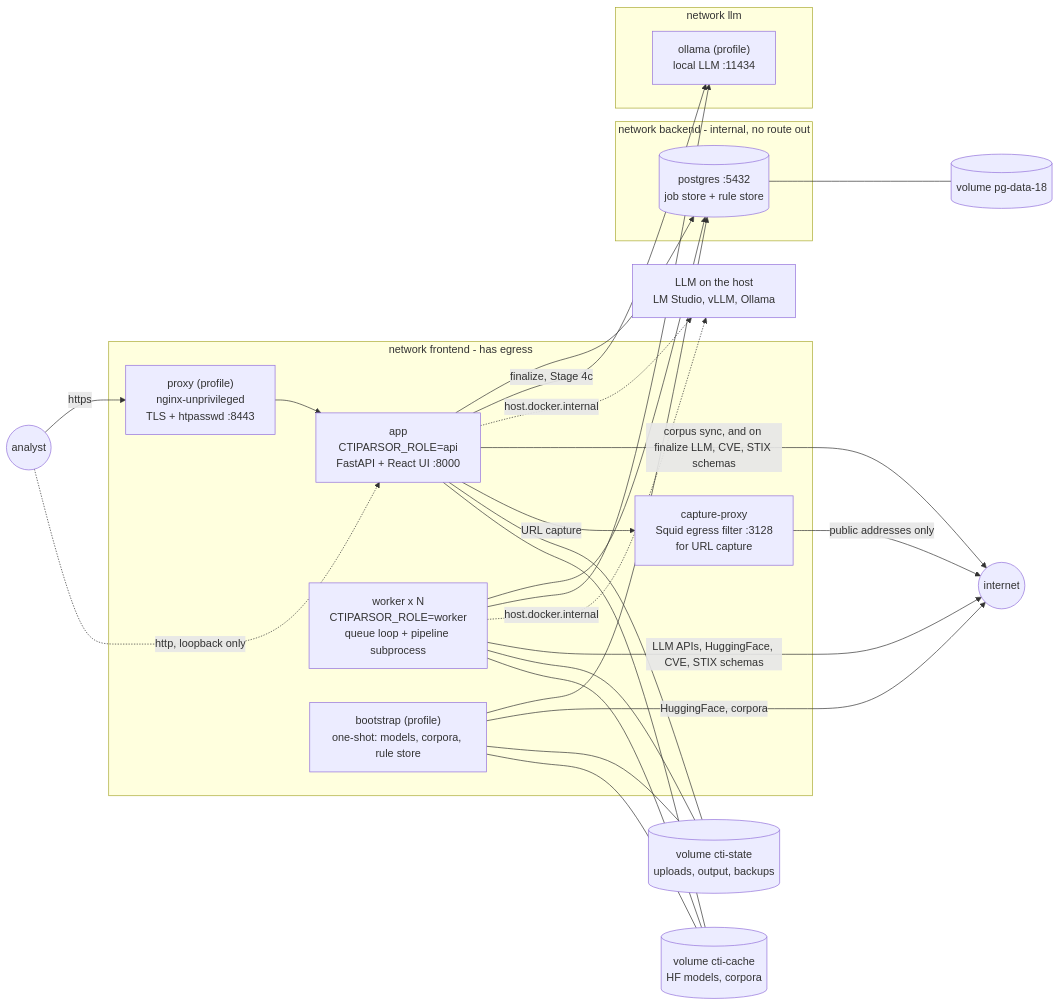
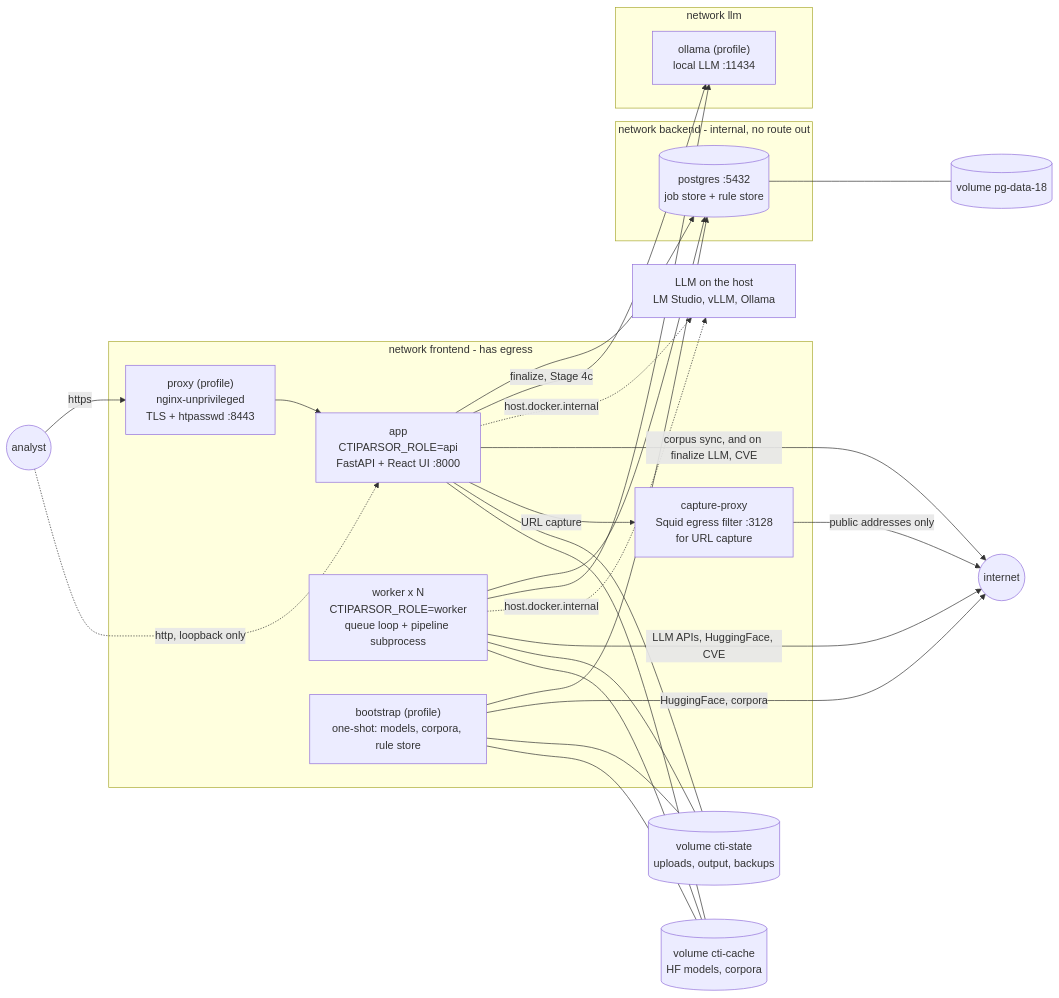
One commit to Stixaly/CTIParsor changed the first of 2 diagrams in docs/architecture.md. Above: the diagram before and after it, drawn with Mermaid. The commit also changed other lines of this file and 70 other files, not shown here.

````diff
--- a/docs/architecture.md
+++ b/docs/architecture.md
@@ -36,40 +36,40 @@
 ```mermaid
 flowchart LR
     subgraph frontend [network frontend - has egress]
         proxy["proxy (profile)\nnginx-unprivileged\nTLS + htpasswd :8443"]
         app["app\nCTIPARSOR_ROLE=api\nFastAPI + React UI :8000"]
         worker["worker x N\nCTIPARSOR_ROLE=worker\nqueue loop + pipeline subprocess"]
         bootstrap["bootstrap (profile)\none-shot: models, corpora, rule store"]
         capproxy["capture-proxy\nSquid egress filter :3128\nfor URL capture"]
     end
     subgraph backend [network backend - internal, no route out]
         pg[("postgres :5432\njob store + rule store")]
     end
     subgraph llm [network llm]
         ollama["ollama (profile)\nlocal LLM :11434"]
     end
     analyst((analyst)) -->|https| proxy --> app
     analyst -.->|http, loopback only| app
     app --> pg
     worker --> pg
     bootstrap --> pg
     app -->|finalize, Stage 4c| ollama
     worker --> ollama
     hostllm["LLM on the host\nLM Studio, vLLM, Ollama"]
     app -.->|host.docker.internal| hostllm
     worker -.->|host.docker.internal| hostllm
-    worker -->|LLM APIs, HuggingFace, CVE, STIX schemas| internet((internet))
-    app -->|corpus sync, and on finalize LLM, CVE, STIX schemas| internet
+    worker -->|LLM APIs, HuggingFace, CVE| internet((internet))
+    app -->|corpus sync, and on finalize LLM, CVE| internet
     bootstrap -->|HuggingFace, corpora| internet
     app -->|URL capture| capproxy -->|public addresses only| internet
     state[("volume cti-state\nuploads, output, backups")]
     cache[("volume cti-cache\nHF models, corpora")]
     pgdata[("volume pg-data-18")]
     app --- state
     app --- cache
     worker --- state
     worker --- cache
     bootstrap --- state
     bootstrap --- cache
     pg --- pgdata
 ```
````
